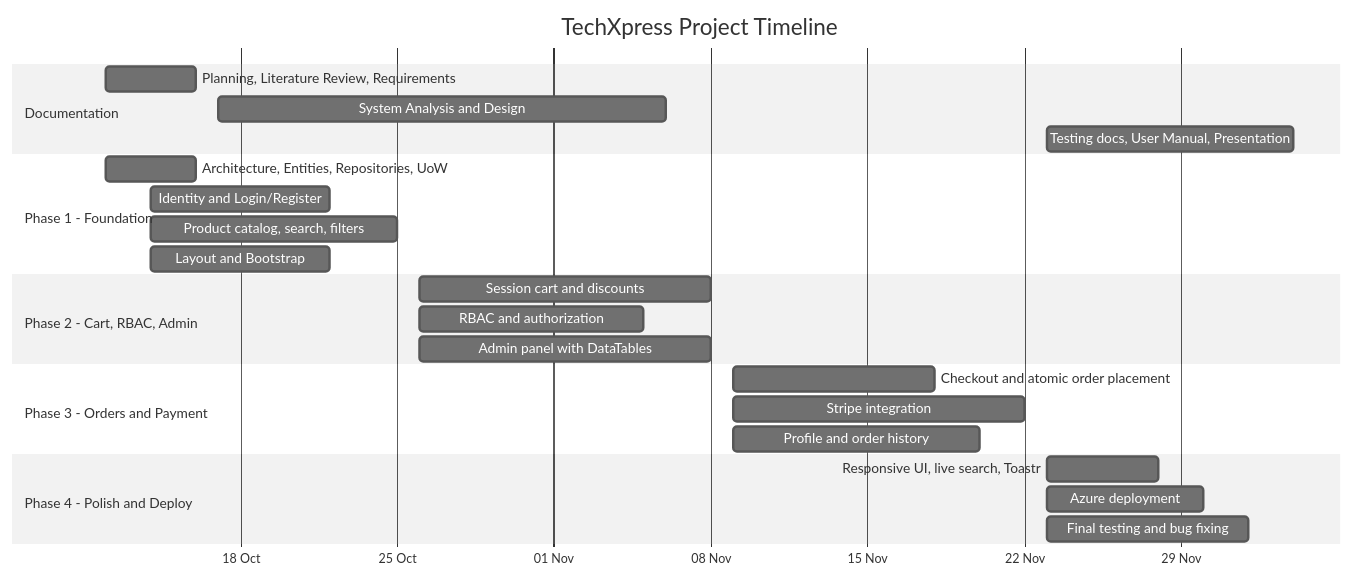
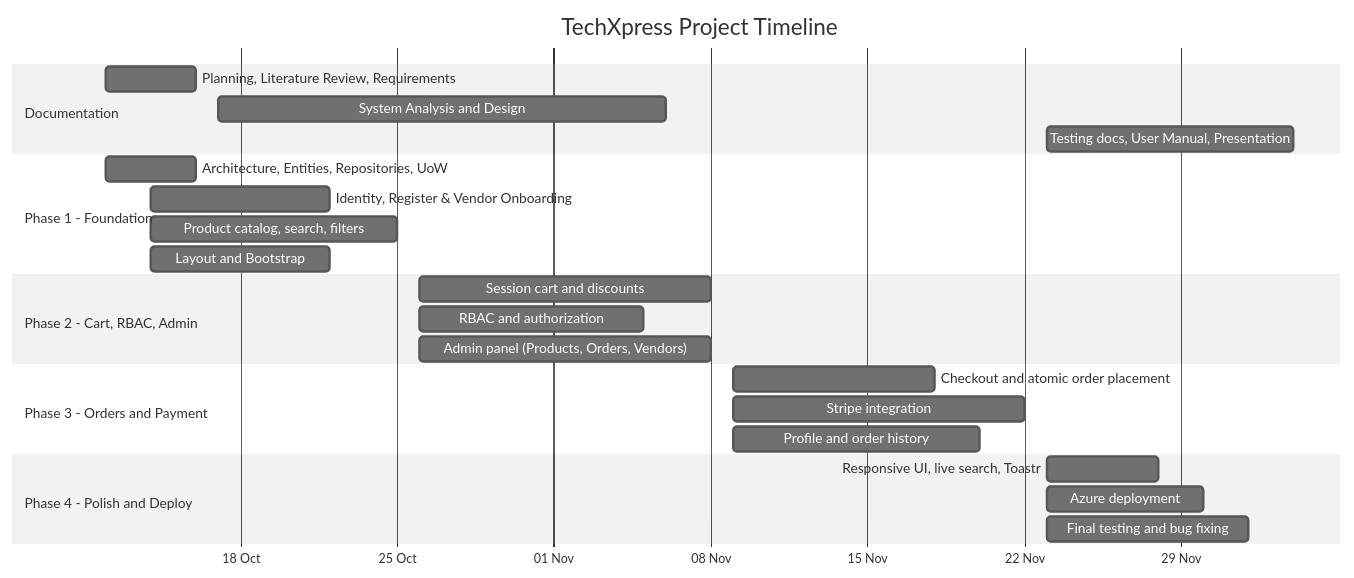
Before and after one commit to ahmadalrudiny/Techxpress_DEPI_Project: the diagram in docs/Project-Planning/Project-Planning-and-Management.md, drawn with Mermaid (neutral theme). The commit also changed other lines of this file, not shown here.

````diff
--- a/docs/Project-Planning/Project-Planning-and-Management.md
+++ b/docs/Project-Planning/Project-Planning-and-Management.md
@@ -67,32 +68,32 @@
 ```mermaid
 gantt
     title TechXpress Project Timeline
     dateFormat  YYYY-MM-DD
     axisFormat  %d %b
 
     section Documentation
     Planning, Literature Review, Requirements :doc1, 2026-10-12, 2026-10-16
     System Analysis and Design                :doc2, 2026-10-17, 2026-11-06
     Testing docs, User Manual, Presentation   :doc3, 2026-11-23, 2026-12-04
 
     section Phase 1 - Foundation
     Architecture, Entities, Repositories, UoW :p1a, 2026-10-12, 2026-10-16
-    Identity and Login/Register               :p1b, 2026-10-14, 2026-10-22
+    Identity, Register & Vendor Onboarding    :p1b, 2026-10-14, 2026-10-22
     Product catalog, search, filters          :p1c, 2026-10-14, 2026-10-25
     Layout and Bootstrap                      :p1d, 2026-10-14, 2026-10-22
 
     section Phase 2 - Cart, RBAC, Admin
     Session cart and discounts                :p2a, 2026-10-26, 2026-11-08
     RBAC and authorization                    :p2b, 2026-10-26, 2026-11-05
-    Admin panel with DataTables               :p2c, 2026-10-26, 2026-11-08
+    Admin panel (Products, Orders, Vendors)   :p2c, 2026-10-26, 2026-11-08
 
     section Phase 3 - Orders and Payment
     Checkout and atomic order placement       :p3a, 2026-11-09, 2026-11-18
     Stripe integration                        :p3b, 2026-11-09, 2026-11-22
     Profile and order history                 :p3c, 2026-11-09, 2026-11-20
 
     section Phase 4 - Polish and Deploy
     Responsive UI, live search, Toastr        :p4a, 2026-11-23, 2026-11-28
     Azure deployment                          :p4b, 2026-11-23, 2026-11-30
     Final testing and bug fixing              :p4c, 2026-11-23, 2026-12-02
 ```
````
